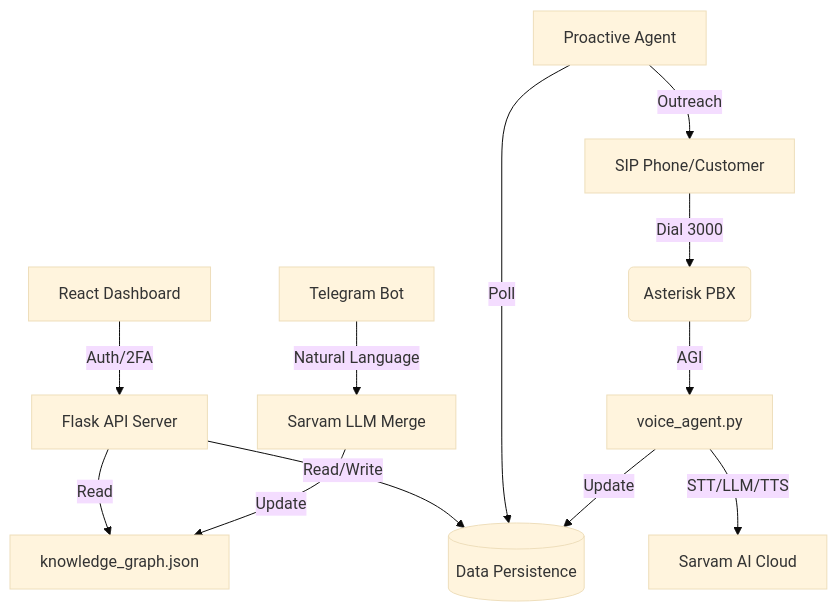
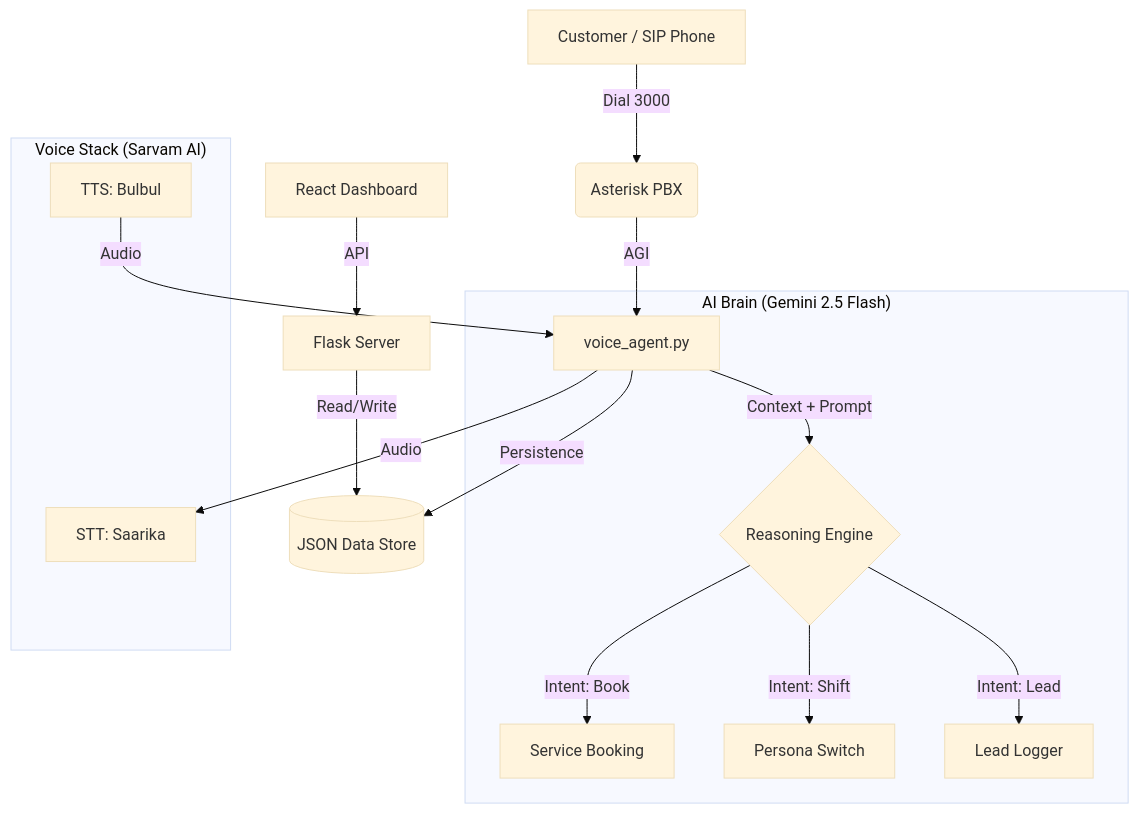
Before and after one commit to shivarajm8234/ather: the diagram in README.md, drawn with Mermaid (base theme). The commit also changed other lines of this file, not shown here.

````diff
--- a/README.md
+++ b/README.md
@@ -61,17 +60,21 @@
 ```mermaid
 graph TD
-    A[SIP Phone/Customer] -->|Dial 3000| B(Asterisk PBX)
+    A[Customer / SIP Phone] -->|Dial 3000| B(Asterisk PBX)
     B -->|AGI| C[voice_agent.py]
-    C -->|STT/LLM/TTS| D[Sarvam AI Cloud]
-    C -->|Update| E[(Data Persistence)]
     
-    F[Proactive Agent] -->|Poll| E
-    F -->|Outreach| A
+    subgraph "AI Brain (Gemini 2.5 Flash)"
+        C -->|Context + Prompt| D{Reasoning Engine}
+        D -->|Intent: Book| E[Service Booking]
+        D -->|Intent: Shift| F[Persona Switch]
+        D -->|Intent: Lead| G[Lead Logger]
+    end
     
-    G[Telegram Bot] -->|Natural Language| H[Sarvam LLM Merge]
-    H -->|Update| I[knowledge_graph.json]
+    subgraph "Voice Stack (Sarvam AI)"
+        C -->|Audio| H[STT: Saarika]
+        I[TTS: Bulbul] -->|Audio| C
+    end
     
-    J[React Dashboard] -->|Auth/2FA| K[Flask API Server]
-    K -->|Read/Write| E
-    K -->|Read| I
+    C -->|Persistence| J[(JSON Data Store)]
+    K[React Dashboard] -->|API| L[Flask Server]
+    L -->|Read/Write| J
 ```
````
